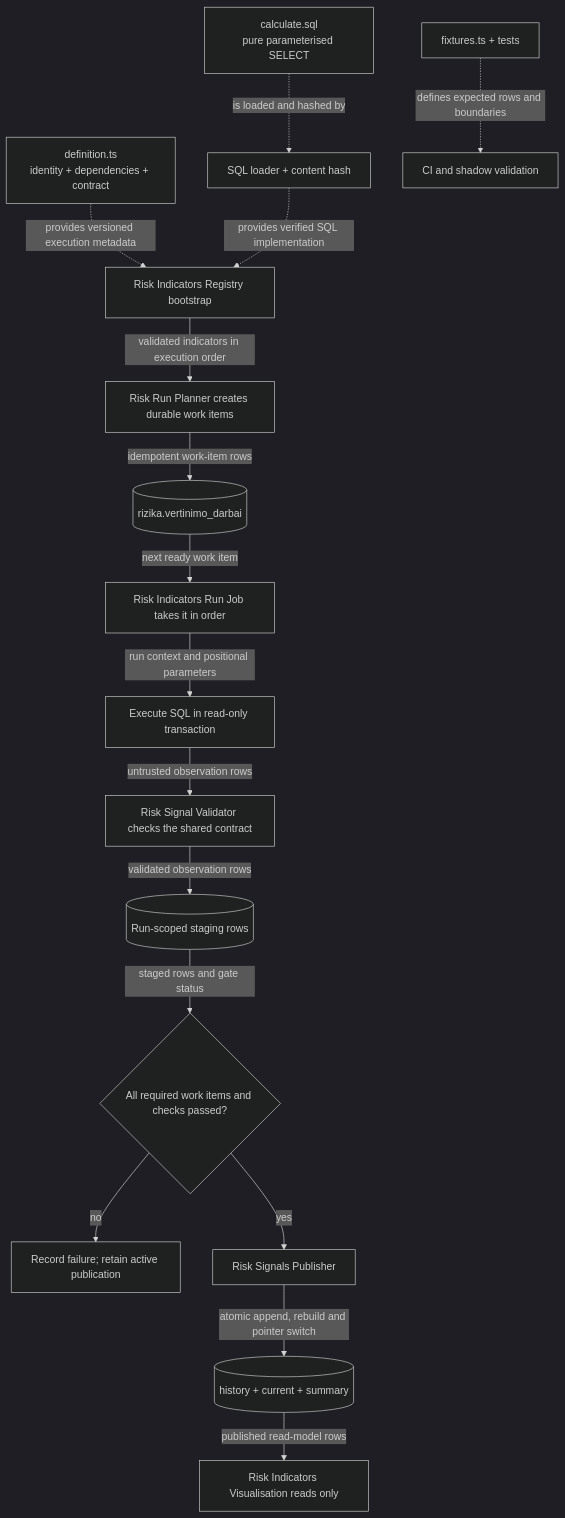
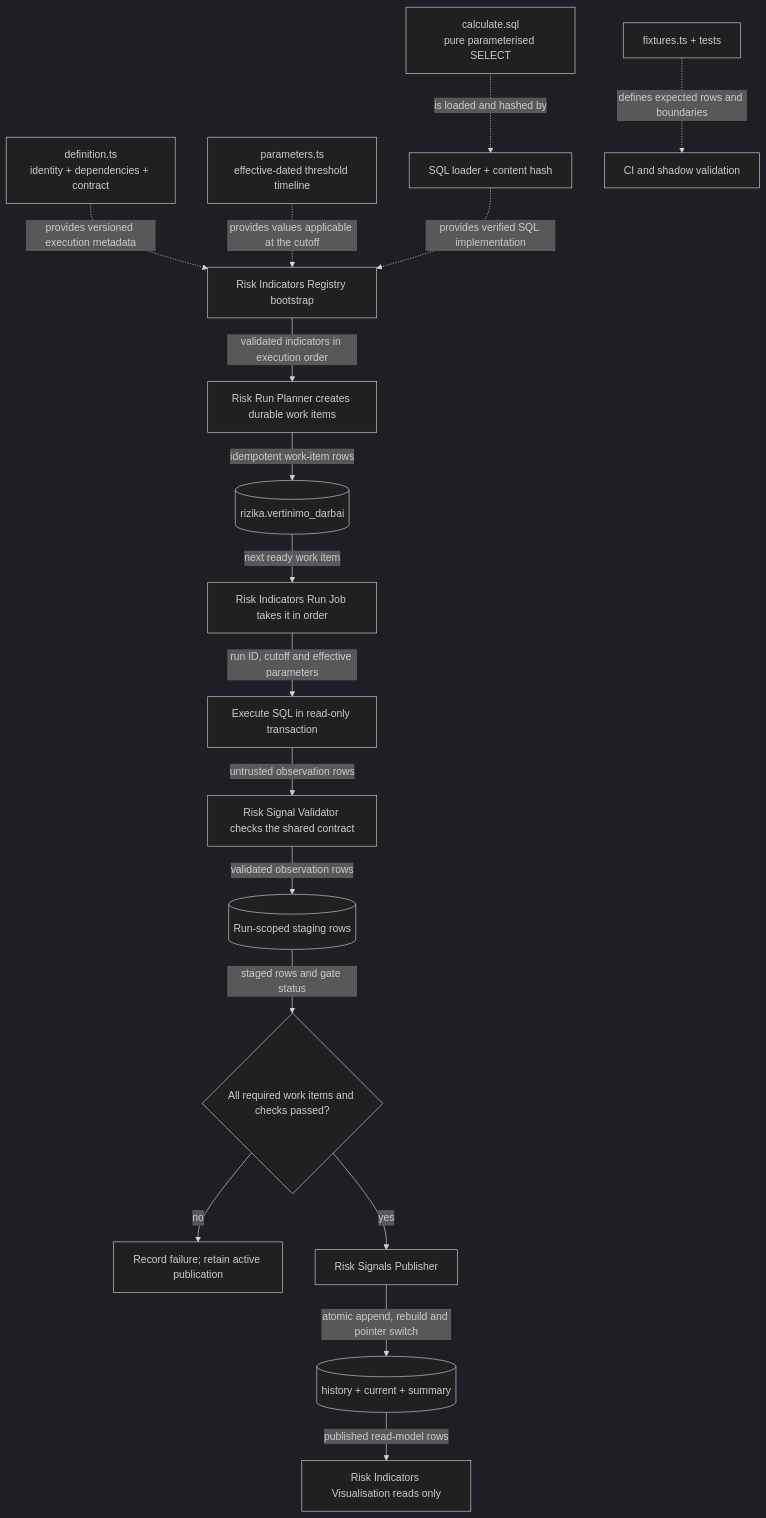
One commit to Viespirkiu-grupe/viespirkiai changed the third of 6 diagrams in docs/indicators-story/risk-indicators-public-page-and-maintenance.md. Above: the diagram before and after it, drawn with Mermaid (dark theme). The commit also changed other lines of this file and 2 other files, not shown here.

````diff
--- a/docs/indicators-story/risk-indicators-public-page-and-maintenance.md
+++ b/docs/indicators-story/risk-indicators-public-page-and-maintenance.md
@@ -682,18 +771,19 @@
 ```mermaid
 flowchart TD
     D[definition.ts<br/>identity + dependencies + contract] -.->|provides versioned execution metadata| R[Risk Indicators Registry bootstrap]
+    PM[parameters.ts<br/>effective-dated threshold timeline] -.->|provides values applicable at the cutoff| R
     Q[calculate.sql<br/>pure parameterised SELECT] -.->|is loaded and hashed by| L[SQL loader + content hash]
     L -.->|provides verified SQL implementation| R
     F[fixtures.ts + tests] -.->|defines expected rows and boundaries| C[CI and shadow validation]
     R -->|validated indicators in execution order| P[Risk Run Planner creates durable work items]
     P -->|idempotent work-item rows| J[(rizika.vertinimo_darbai)]
     J -->|next ready work item| W[Risk Indicators Run Job takes it in order]
-    W -->|run context and positional parameters| X[Execute SQL in read-only transaction]
+    W -->|run ID, cutoff and effective parameters| X[Execute SQL in read-only transaction]
     X -->|untrusted observation rows| V[Risk Signal Validator checks the shared contract]
     V -->|validated observation rows| S[(Run-scoped staging rows)]
     S -->|staged rows and gate status| G{All required work items and checks passed?}
     G -->|no| N[Record failure; retain active publication]
     G -->|yes| A[Risk Signals Publisher]
     A -->|atomic append, rebuild and pointer switch| H[(history + current + summary)]
     H -->|published read-model rows| U[Risk Indicators Visualisation reads only]
 ```
````
